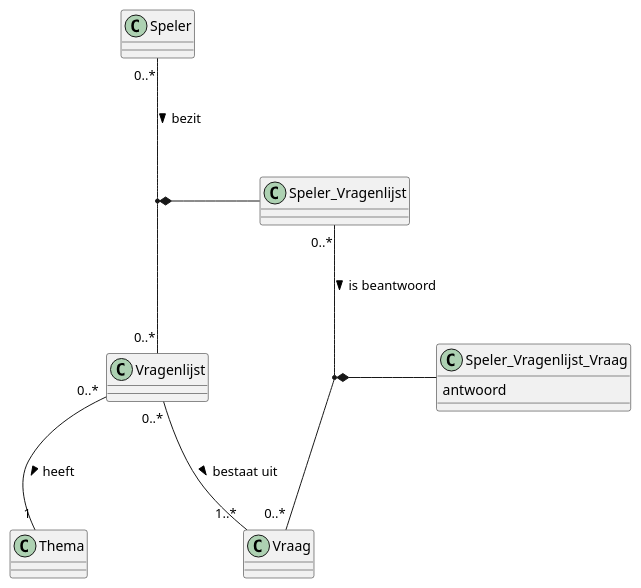
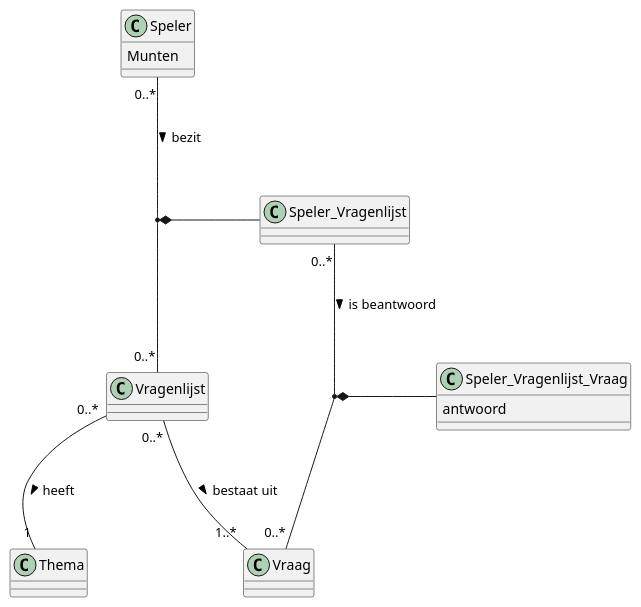
Before and after one commit to Jelmergu/ooad-casus-vagado: the diagram in docs/diagrams/domain_model/Vagado_domain_model.puml, drawn with PlantUML. The commit also changed 1 other file, not shown here.

Commit message:
Update Sequence Diagrams & Domain model

```diff
--- a/docs/diagrams/domain_model/Vagado_domain_model.puml
+++ b/docs/diagrams/domain_model/Vagado_domain_model.puml
@@ -1,21 +1,23 @@
 @startuml
 skinparam nodesep 100
 skinparam ranksep 100
 
 class Thema
 class Vragenlijst
 class Vraag
-class Speler
+class Speler{
+    Munten
+}
 class Speler_Vragenlijst
 class Speler_Vragenlijst_Vraag {
     antwoord
 }
 
 Vragenlijst "0..*"--"1" Thema : heeft >
 Speler_Vragenlijst "0..*"-d-"0..*" Vraag : is beantwoord >
 Speler "0..*"--"0..*" Vragenlijst : bezit >
 Vragenlijst "0..*"-r-"1..*" Vraag : bestaat uit >
 (Speler, Vragenlijst) *-- Speler_Vragenlijst
 
 (Speler_Vragenlijst, Vraag) *-- Speler_Vragenlijst_Vraag
 @enduml
```
